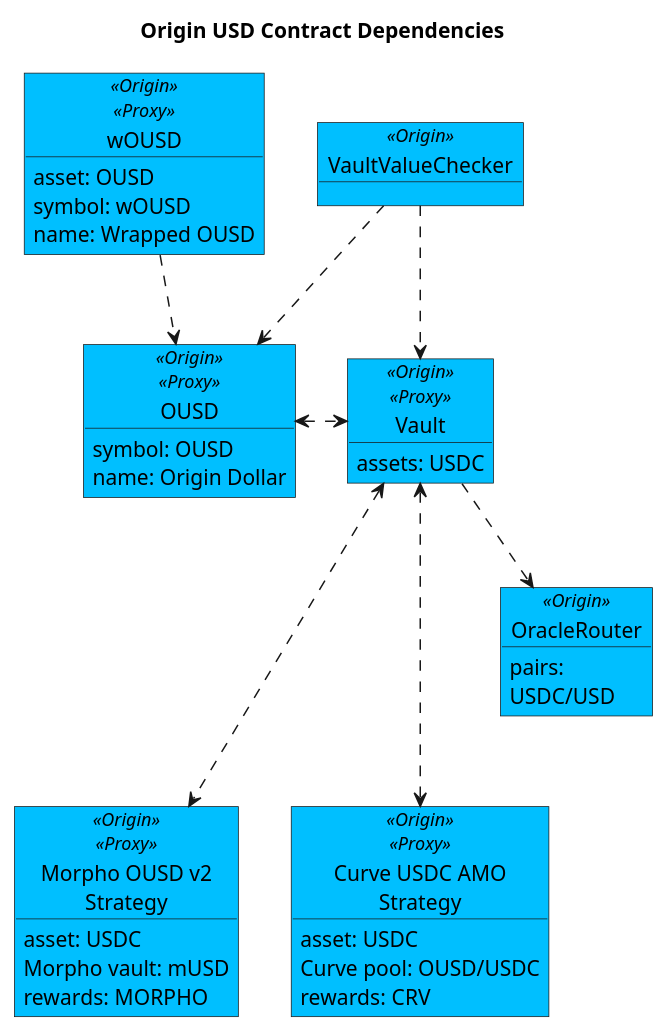
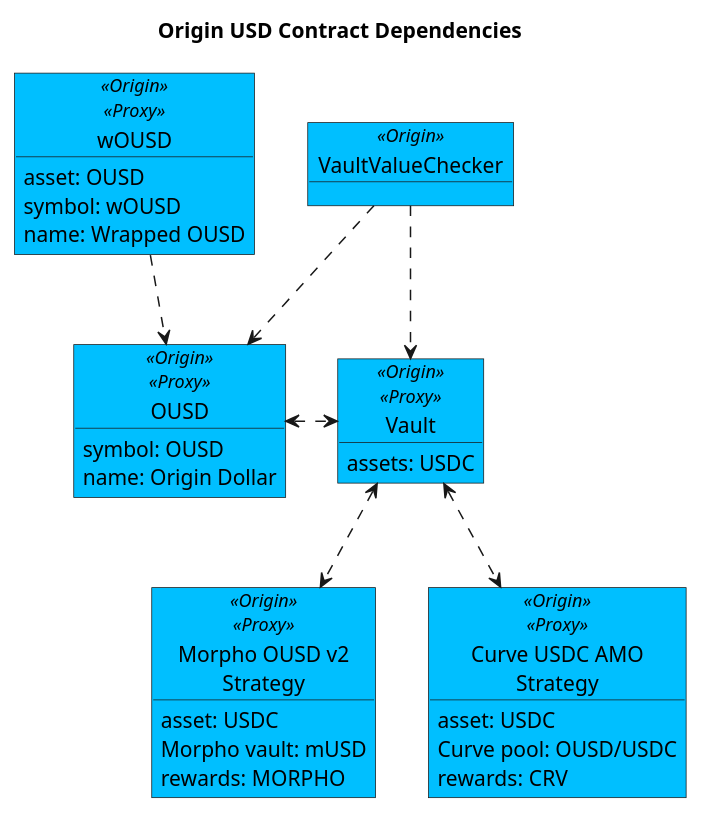
The diagram in contracts/docs/plantuml/ousdContracts.puml (OriginProtocol/origin-dollar), drawn with PlantUML before and after one commit. The commit also changed 115 other files, not shown here.

```diff
--- a/contracts/docs/plantuml/ousdContracts.puml
+++ b/contracts/docs/plantuml/ousdContracts.puml
@@ -1,53 +1,46 @@
 @startuml
 
 title "Origin USD Contract Dependencies"
 
 object "VaultValueChecker" as checker <<Origin>> #DeepSkyBlue {
 }
 
 object "wOUSD" as wousd <<Origin>><<Proxy>> #DeepSkyBlue {
     asset: OUSD
     symbol: wOUSD
     name: Wrapped OUSD
 }
 
 object "OUSD" as ousd <<Origin>><<Proxy>> #DeepSkyBlue {
     symbol: OUSD
     name: Origin Dollar
 }
 
 object "Vault" as vault <<Origin>><<Proxy>> #DeepSkyBlue {
     assets: USDC 
 }
 
 ' Strategies
 object "Morpho OUSD v2\nStrategy" as musd <<Origin>><<Proxy>> #DeepSkyBlue {
     asset: USDC
     Morpho vault: mUSD
     rewards: MORPHO
 }
 object "Curve USDC AMO\nStrategy" as curveAmoStrat <<Origin>><<Proxy>> #DeepSkyBlue {
     asset: USDC
     Curve pool: OUSD/USDC
     rewards: CRV
 }
 
-' Oracle
-object "OracleRouter" as oracle <<Origin>> #DeepSkyBlue {
-pairs:
-    USDC/USD
-}
-
 checker ..> ousd
 checker ..> vault
 
 wousd ..> ousd
 ousd <.> vault
-vault ..> oracle
 
 ' Strategies
-vault <...> musd
-vault <...> curveAmoStrat
+vault <..> musd
+vault <..> curveAmoStrat
 
 
 @enduml
```
